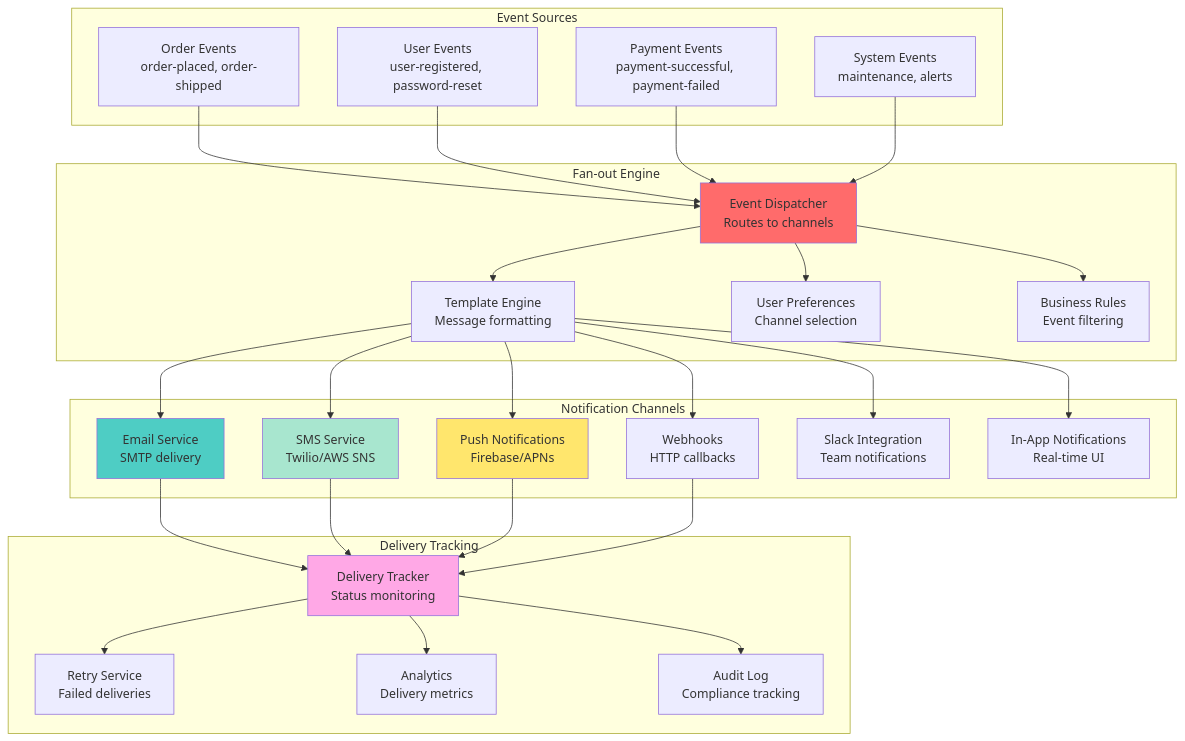
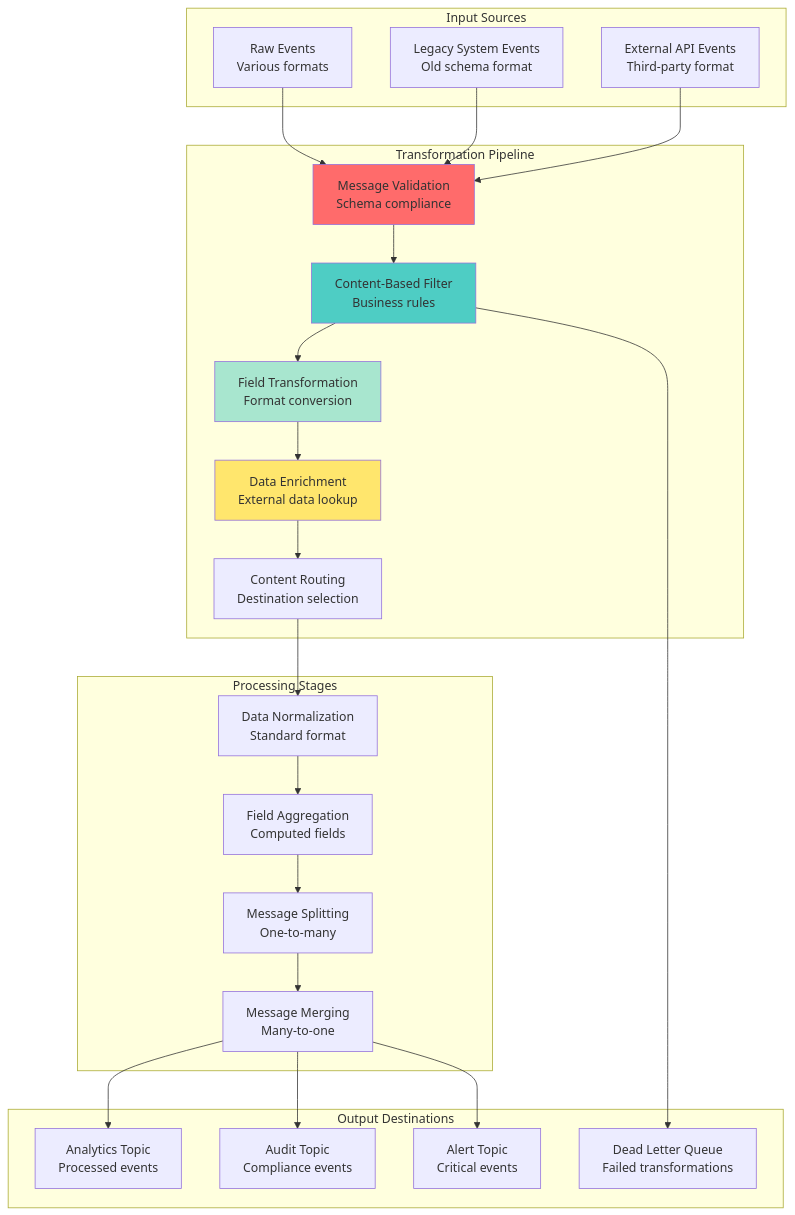
One commit to vorrawut/KafkaStarter changed the first of 5 diagrams in class/workshop/lesson_11/README.md. Above: the diagram before and after it, drawn with Mermaid. The commit also changed other lines of this file and 204 other files, not shown here.

````diff
--- a/class/workshop/lesson_11/README.md
+++ b/class/workshop/lesson_11/README.md
@@ -24,63 +24,54 @@
 ```mermaid
 graph TB
-    subgraph "Event Sources"
-        ORDER[Order Events<br/>order-placed, order-shipped]
-        USER[User Events<br/>user-registered, password-reset]
-        PAYMENT[Payment Events<br/>payment-successful, payment-failed]
-        SYSTEM[System Events<br/>maintenance, alerts]
+    subgraph "Input Sources"
+        RAW[Raw Events<br/>Various formats]
+        LEGACY[Legacy System Events<br/>Old schema format]
+        EXTERNAL[External API Events<br/>Third-party format]
     end
     
-    subgraph "Fan-out Engine"
-        DISPATCHER[Event Dispatcher<br/>Routes to channels]
-        TEMPLATE[Template Engine<br/>Message formatting]
-        PREFERENCES[User Preferences<br/>Channel selection]
-        RULES[Business Rules<br/>Event filtering]
+    subgraph "Transformation Pipeline"
+        VALIDATE[Message Validation<br/>Schema compliance]
+        FILTER[Content-Based Filter<br/>Business rules]
+        TRANSFORM[Field Transformation<br/>Format conversion]
+        ENRICH[Data Enrichment<br/>External data lookup]
+        ROUTE[Content Routing<br/>Destination selection]
     end
     
-    subgraph "Notification Channels"
-        EMAIL[Email Service<br/>SMTP delivery]
-        SMS[SMS Service<br/>Twilio/AWS SNS]
-        PUSH[Push Notifications<br/>Firebase/APNs]
-        WEBHOOK[Webhooks<br/>HTTP callbacks]
-        SLACK[Slack Integration<br/>Team notifications]
-        IN_APP[In-App Notifications<br/>Real-time UI]
+    subgraph "Processing Stages"
+        NORMALIZE[Data Normalization<br/>Standard format]
+        AGGREGATE[Field Aggregation<br/>Computed fields]
+        SPLIT[Message Splitting<br/>One-to-many]
+        MERGE[Message Merging<br/>Many-to-one]
     end
     
-    subgraph "Delivery Tracking"
-        TRACKER[Delivery Tracker<br/>Status monitoring]
-        RETRY[Retry Service<br/>Failed deliveries]
-        ANALYTICS[Analytics<br/>Delivery metrics]
-        AUDIT[Audit Log<br/>Compliance tracking]
+    subgraph "Output Destinations"
+        ANALYTICS[Analytics Topic<br/>Processed events]
+        AUDIT[Audit Topic<br/>Compliance events]
+        ALERTS[Alert Topic<br/>Critical events]
+        DLQ[Dead Letter Queue<br/>Failed transformations]
     end
     
-    ORDER --> DISPATCHER
-    USER --> DISPATCHER
-    PAYMENT --> DISPATCHER
-    SYSTEM --> DISPATCHER
+    RAW --> VALIDATE
+    LEGACY --> VALIDATE
+    EXTERNAL --> VALIDATE
     
-    DISPATCHER --> TEMPLATE
-    DISPATCHER --> PREFERENCES
-    DISPATCHER --> RULES
+    VALIDATE --> FILTER
+    FILTER --> TRANSFORM
+    TRANSFORM --> ENRICH
+    ENRICH --> ROUTE
     
-    TEMPLATE --> EMAIL
-    TEMPLATE --> SMS
-    TEMPLATE --> PUSH
-    TEMPLATE --> WEBHOOK
-    TEMPLATE --> SLACK
-    TEMPLATE --> IN_APP
+    ROUTE --> NORMALIZE
+    NORMALIZE --> AGGREGATE
+    AGGREGATE --> SPLIT
+    SPLIT --> MERGE
     
-    EMAIL --> TRACKER
-    SMS --> TRACKER
-    PUSH --> TRACKER
-    WEBHOOK --> TRACKER
+    MERGE --> ANALYTICS
+    MERGE --> AUDIT
+    MERGE --> ALERTS
+    FILTER --> DLQ
     
-    TRACKER --> RETRY
-    TRACKER --> ANALYTICS
-    TRACKER --> AUDIT
-    
-    style DISPATCHER fill:#ff6b6b
-    style EMAIL fill:#4ecdc4
-    style SMS fill:#a8e6cf
-    style PUSH fill:#ffe66d
-    style TRACKER fill:#ffa8e6
+    style VALIDATE fill:#ff6b6b
+    style FILTER fill:#4ecdc4
+    style TRANSFORM fill:#a8e6cf
+    style ENRICH fill:#ffe66d
 ```
````
